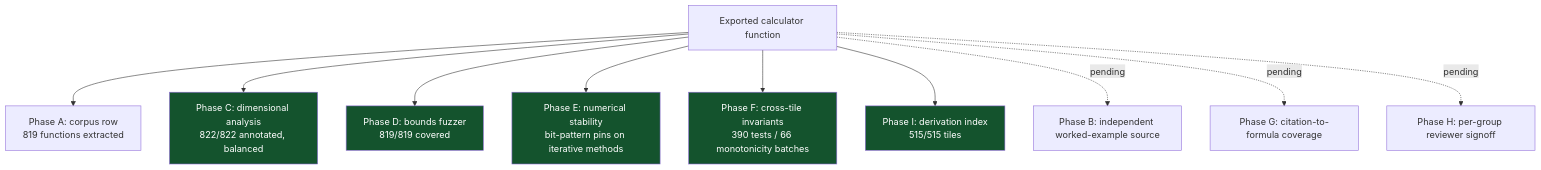
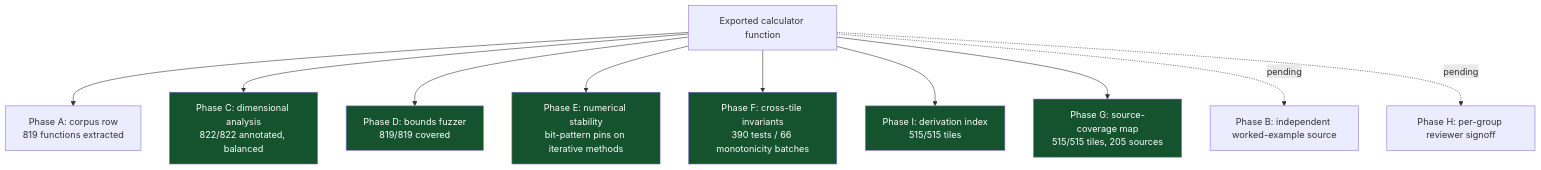
One commit to clay-good/roughlogic.com changed the fourth of 6 diagrams in README.md. Above: the diagram before and after it, drawn with Mermaid. The commit also changed other lines of this file and 4 other files, not shown here.

````diff
--- a/README.md
+++ b/README.md
@@ -224,17 +224,18 @@
 ```mermaid
 flowchart TB
     F[Exported calculator function] --> A[Phase A: corpus row\n819 functions extracted]
     F --> C[Phase C: dimensional analysis\n822/822 annotated, balanced]
     F --> D[Phase D: bounds fuzzer\n819/819 covered]
     F --> E[Phase E: numerical stability\nbit-pattern pins on iterative methods]
     F --> Fa[Phase F: cross-tile invariants\n390 tests / 66 monotonicity batches]
     F --> I[Phase I: derivation index\n515/515 tiles]
+    F --> G[Phase G: source-coverage map\n515/515 tiles, 205 sources]
     F -.pending.-> B[Phase B: independent worked-example source]
-    F -.pending.-> G[Phase G: citation-to-formula coverage]
     F -.pending.-> H[Phase H: per-group reviewer signoff]
     style C fill:#14532d,color:#fff
     style D fill:#14532d,color:#fff
     style E fill:#14532d,color:#fff
     style Fa fill:#14532d,color:#fff
+    style G fill:#14532d,color:#fff
     style I fill:#14532d,color:#fff
 ```
````
